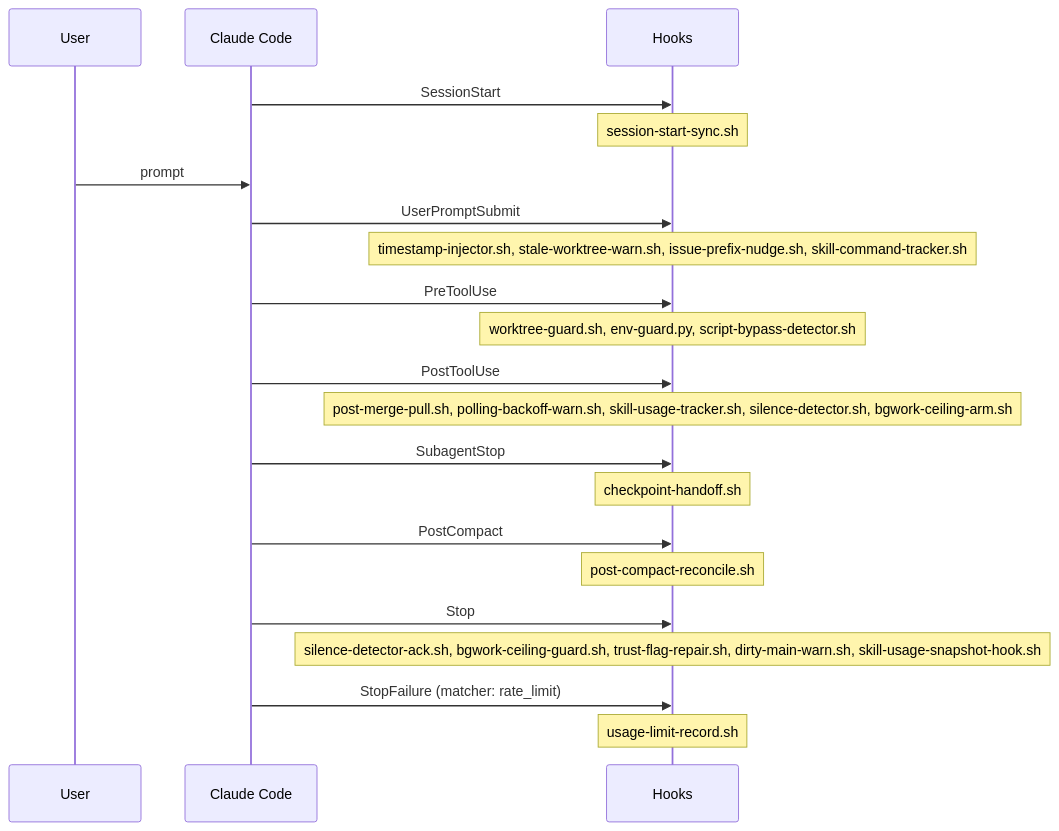
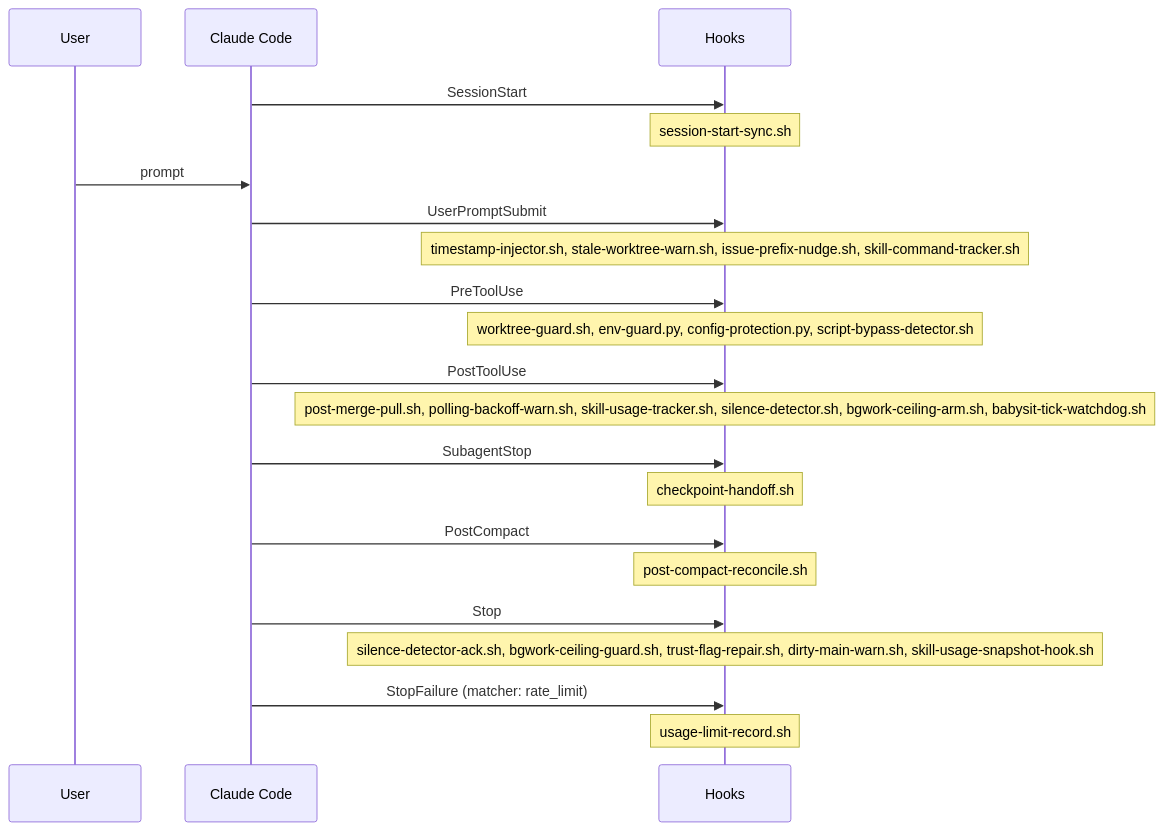
Before and after one commit to auerbachb/claude-code-config: the diagram in .claude/reference/diagrams/hook-lifecycle.md, drawn with Mermaid. The commit also changed 4 other files, not shown here.

First line of the commit message:
docs(#1046): canonicalize hook-lifecycle diagram + dedup ARCHITECTURE.md pointers

````diff
--- a/.claude/reference/diagrams/hook-lifecycle.md
+++ b/.claude/reference/diagrams/hook-lifecycle.md
@@ -3,23 +3,23 @@
 ```mermaid
 sequenceDiagram
   participant U as User
   participant CC as Claude Code
   participant H as Hooks
   CC->>H: SessionStart
   Note over H: session-start-sync.sh
   U->>CC: prompt
   CC->>H: UserPromptSubmit
   Note over H: timestamp-injector.sh, stale-worktree-warn.sh, issue-prefix-nudge.sh, skill-command-tracker.sh
   CC->>H: PreToolUse
-  Note over H: worktree-guard.sh, env-guard.py, script-bypass-detector.sh
+  Note over H: worktree-guard.sh, env-guard.py, config-protection.py, script-bypass-detector.sh
   CC->>H: PostToolUse
-  Note over H: post-merge-pull.sh, polling-backoff-warn.sh, skill-usage-tracker.sh, silence-detector.sh, bgwork-ceiling-arm.sh
+  Note over H: post-merge-pull.sh, polling-backoff-warn.sh, skill-usage-tracker.sh, silence-detector.sh, bgwork-ceiling-arm.sh, babysit-tick-watchdog.sh
   CC->>H: SubagentStop
   Note over H: checkpoint-handoff.sh
   CC->>H: PostCompact
   Note over H: post-compact-reconcile.sh
   CC->>H: Stop
   Note over H: silence-detector-ack.sh, bgwork-ceiling-guard.sh, trust-flag-repair.sh, dirty-main-warn.sh, skill-usage-snapshot-hook.sh
   CC->>H: StopFailure (matcher: rate_limit)
   Note over H: usage-limit-record.sh
 ```
````
